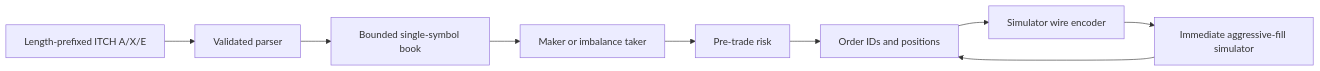
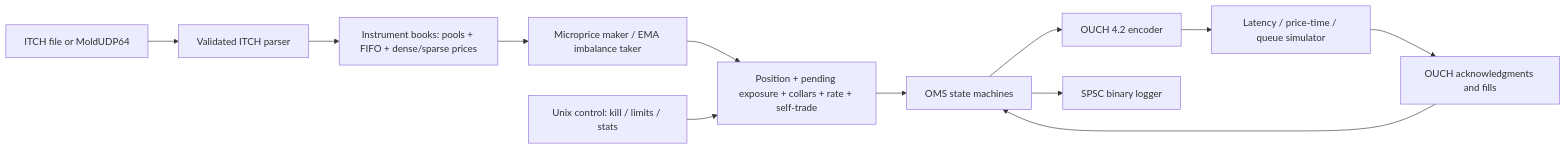
The diagram in README.md (aerraj/hft-engine), drawn with Mermaid before and after one commit. The commit also changed other lines of this file and 141 other files, not shown here.

Commit message:
Implement multi-instrument engine, OUCH sessions, queue simulator, risk and validation

````diff
--- a/README.md
+++ b/README.md
@@ -5,11 +5,14 @@
 ```mermaid
 flowchart LR
-  I[Length-prefixed ITCH A/X/E] --> P[Validated parser]
-  P --> B[Bounded single-symbol book]
-  B --> S[Maker or imbalance taker]
-  S --> R[Pre-trade risk]
-  R --> O[Order IDs and positions]
-  O --> G[Simulator wire encoder]
-  G --> X[Immediate aggressive-fill simulator]
-  X --> O
+  F[ITCH file or MoldUDP64] --> P[Validated ITCH parser]
+  P --> B[Instrument books: pools + FIFO + dense/sparse prices]
+  B --> S[Microprice maker / EMA imbalance taker]
+  S --> R[Position + pending exposure + collars + rate + self-trade]
+  R --> O[OMS state machines]
+  O --> G[OUCH 4.2 encoder]
+  G --> X[Latency / price-time / queue simulator]
+  X --> A[OUCH acknowledgments and fills]
+  A --> O
+  O --> L[SPSC binary logger]
+  C[Unix control: kill / limits / stats] --> R
 ```
````
